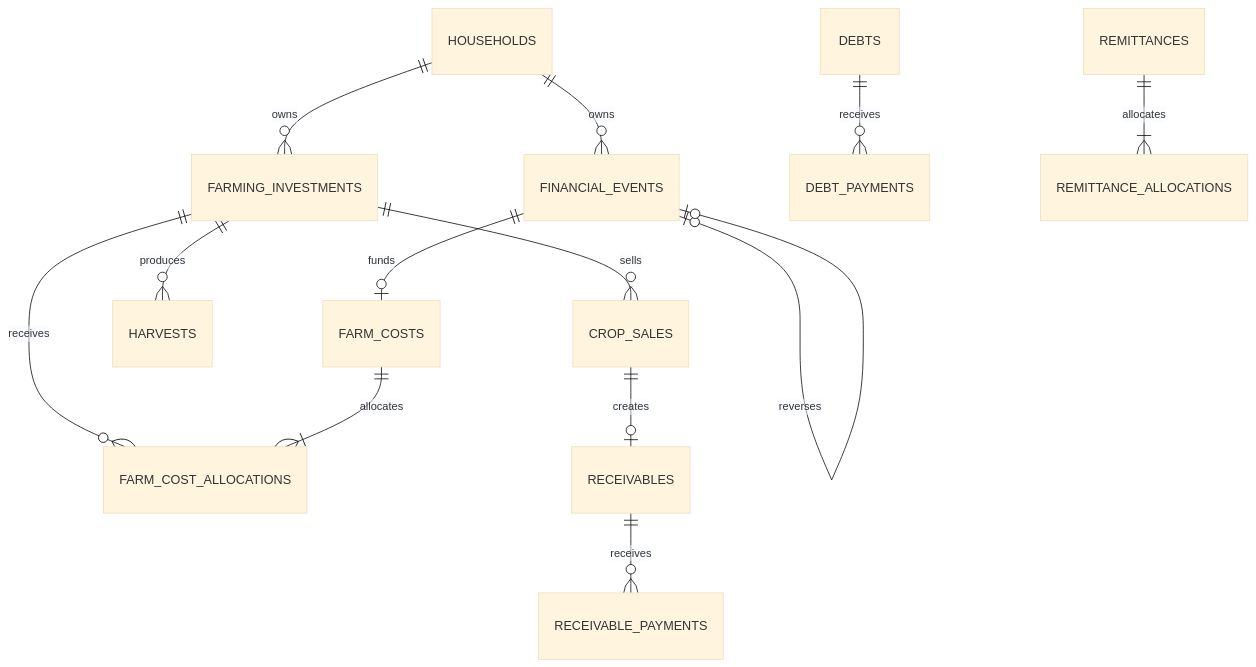
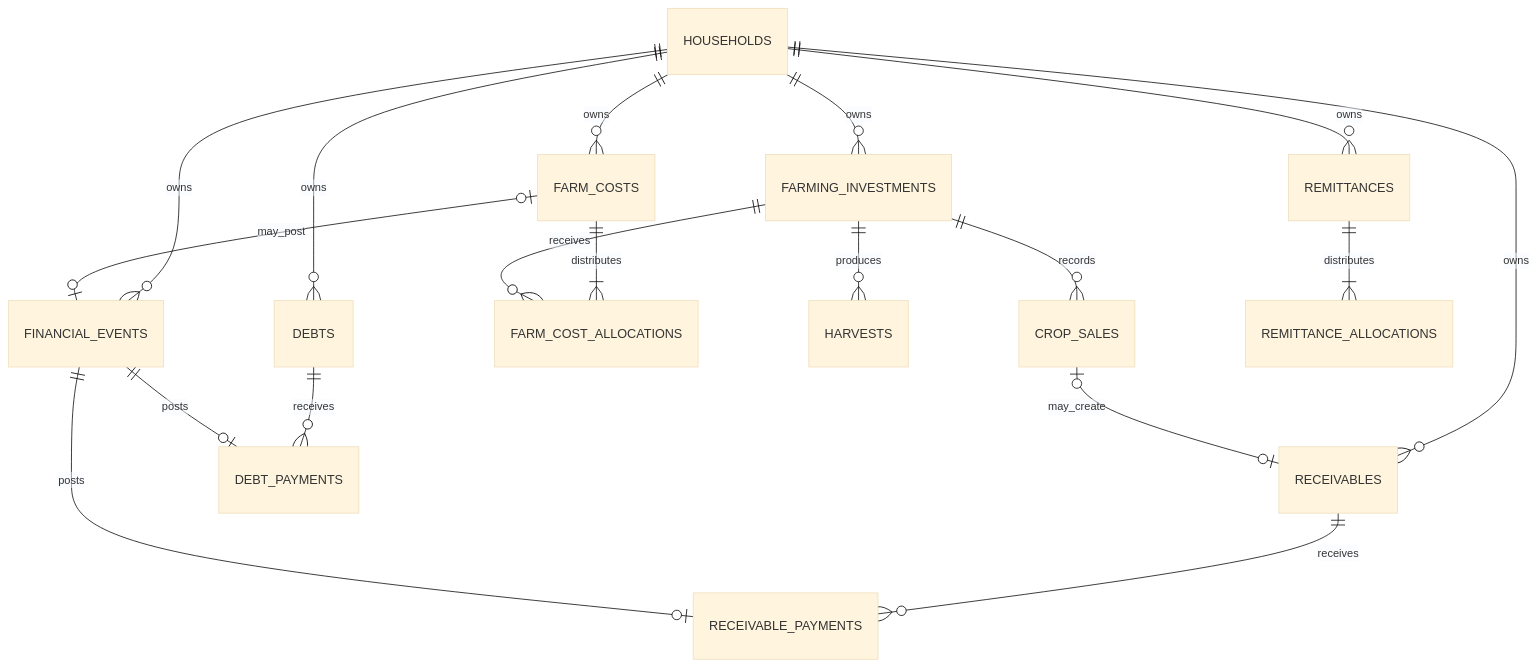
The second of 3 diagrams in docs/08_Database_Design.md (saiteinthine1020-source/F2S), drawn with Mermaid (base theme) before and after one commit. The commit also changed other lines of this file, not shown here.

Commit message:
docs: clarify finance relationship diagram

````diff
--- a/docs/08_Database_Design.md
+++ b/docs/08_Database_Design.md
@@ -65,15 +65,25 @@
 ```mermaid
 erDiagram
     HOUSEHOLDS ||--o{ FINANCIAL_EVENTS : owns
-    FINANCIAL_EVENTS o|--o| FINANCIAL_EVENTS : reverses
     HOUSEHOLDS ||--o{ FARMING_INVESTMENTS : owns
+    HOUSEHOLDS ||--o{ FARM_COSTS : owns
+    HOUSEHOLDS ||--o{ DEBTS : owns
+    HOUSEHOLDS ||--o{ RECEIVABLES : owns
+    HOUSEHOLDS ||--o{ REMITTANCES : owns
+
+    FARM_COSTS ||--|{ FARM_COST_ALLOCATIONS : distributes
     FARMING_INVESTMENTS ||--o{ FARM_COST_ALLOCATIONS : receives
-    FARM_COSTS ||--|{ FARM_COST_ALLOCATIONS : allocates
-    FINANCIAL_EVENTS ||--o| FARM_COSTS : funds
+    FARM_COSTS o|--o| FINANCIAL_EVENTS : may_post
+
     FARMING_INVESTMENTS ||--o{ HARVESTS : produces
-    FARMING_INVESTMENTS ||--o{ CROP_SALES : sells
-    CROP_SALES ||--o| RECEIVABLES : creates
+    FARMING_INVESTMENTS ||--o{ CROP_SALES : records
+
+    CROP_SALES o|--o| RECEIVABLES : may_create
     RECEIVABLES ||--o{ RECEIVABLE_PAYMENTS : receives
+    FINANCIAL_EVENTS ||--o| RECEIVABLE_PAYMENTS : posts
+
     DEBTS ||--o{ DEBT_PAYMENTS : receives
-    REMITTANCES ||--|{ REMITTANCE_ALLOCATIONS : allocates
+    FINANCIAL_EVENTS ||--o| DEBT_PAYMENTS : posts
+
+    REMITTANCES ||--|{ REMITTANCE_ALLOCATIONS : distributes
 ```
````
